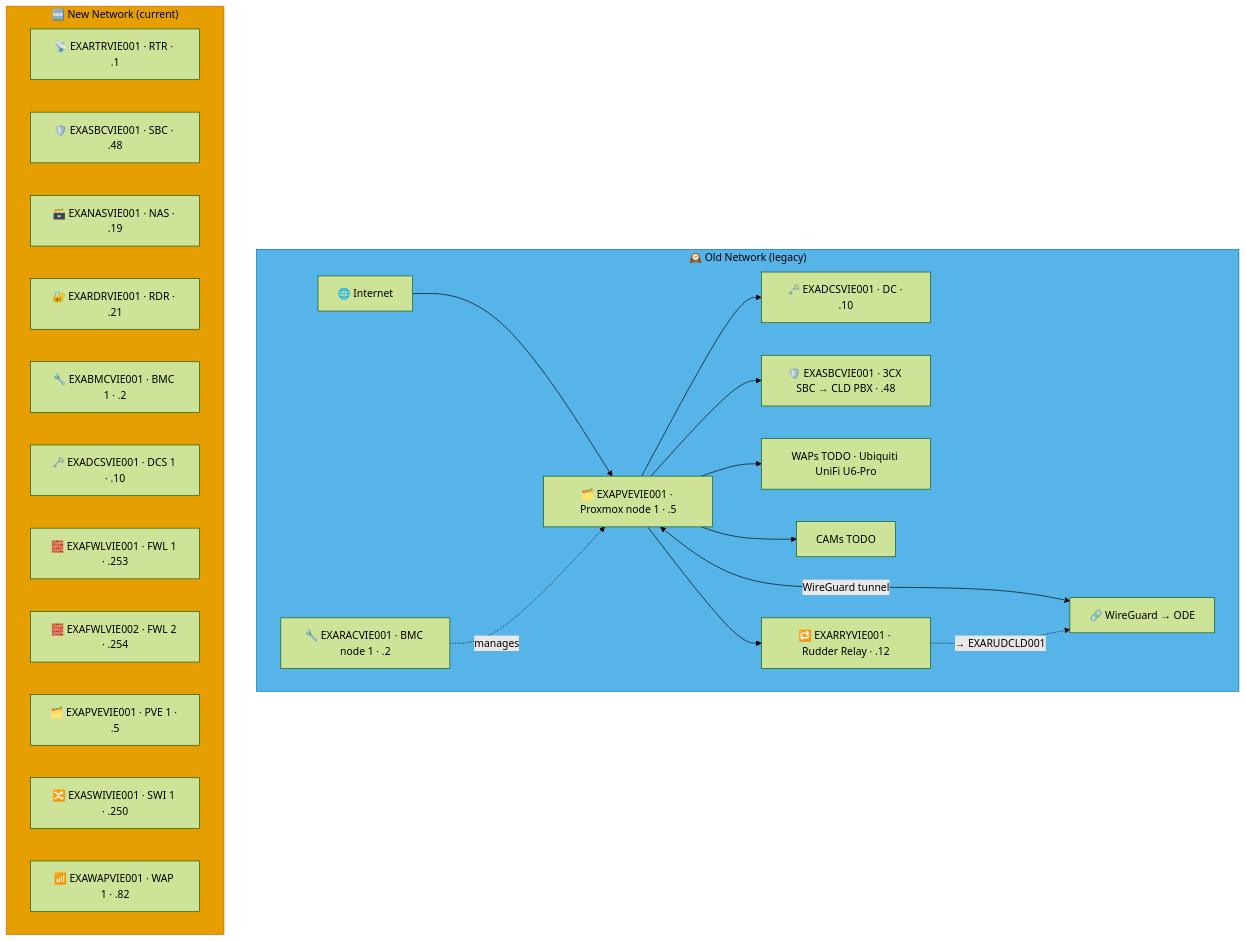
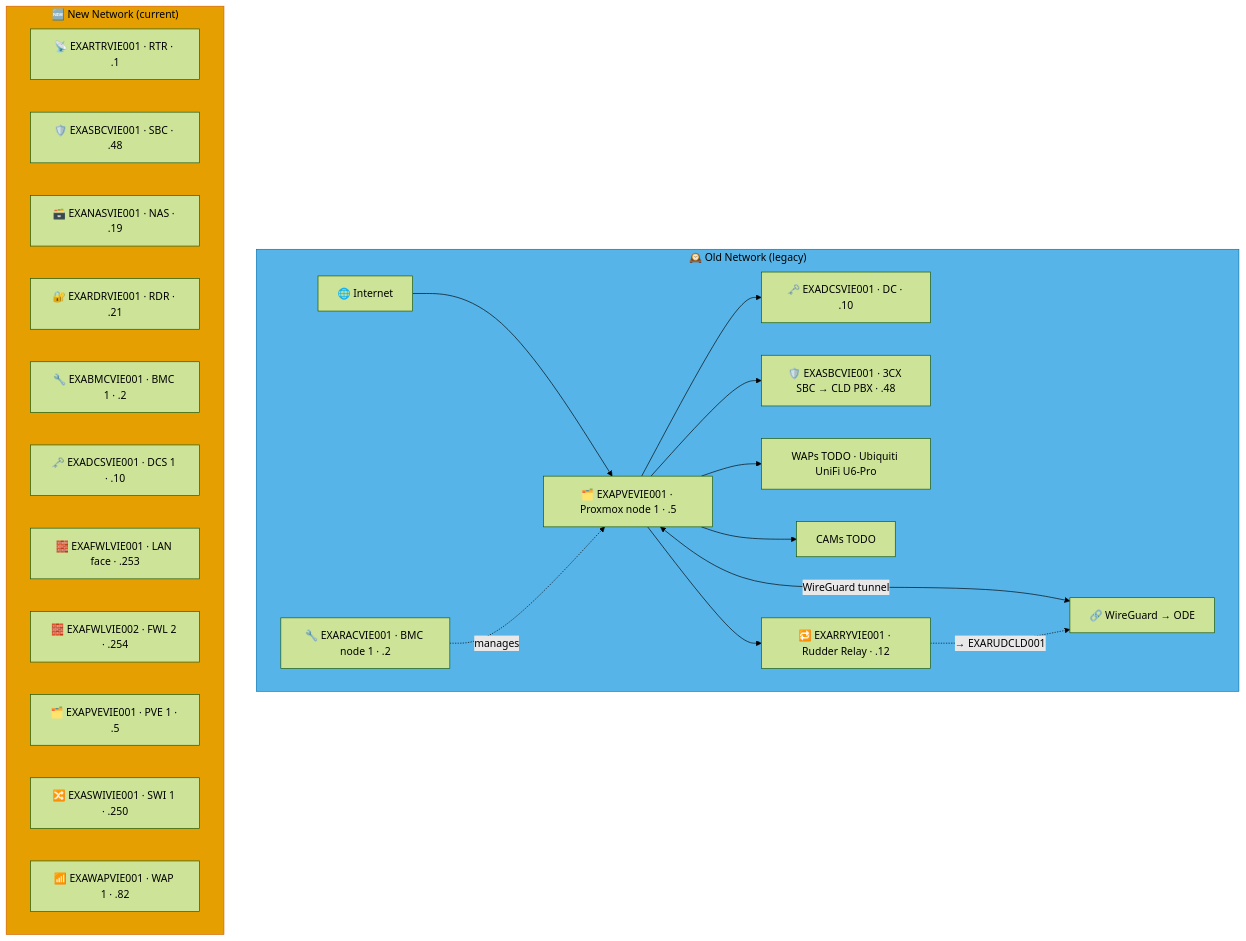
The diagram in docs/network-diagram/osterreich.md (knightmare2600/example_music_infra), drawn with Mermaid (forest theme) before and after one commit. The commit also changed 17 other files, not shown here.

````diff
--- a/docs/network-diagram/osterreich.md
+++ b/docs/network-diagram/osterreich.md
@@ -16,39 +16,39 @@
 ```mermaid
 graph TD
     subgraph OLD_VIE ["🕰️ Old Network (legacy)"]
       INET["🌐 Internet"]
       RAC["🔧 EXARACVIE001 · BMC node 1 · .2"]
       PVE["🗂️ EXAPVEVIE001 · Proxmox node 1 · .5"]
       DC["🗝️ EXADCSVIE001 · DC · .10"]
       SBC["🛡️ EXASBCVIE001 · 3CX SBC → CLD PBX · .48"]
       RRY["🔁 EXARRYVIE001 · Rudder Relay · .12"]
       WAP["WAPs TODO · Ubiquiti UniFi U6-Pro"]
       CAM["CAMs TODO"]
       VPN["🔗 WireGuard → ODE"]
 
       INET --> PVE --> DC & SBC
       RAC -.->|"manages"| PVE
       PVE --> WAP & CAM
       PVE <-->|"WireGuard tunnel"| VPN
 
       PVE --> RRY
       RRY -. "→ EXARUDCLD001" .-> VPN
     end
     style OLD_VIE fill:#56B4E9,stroke:#0072B2,color:#000000
     %% GENERATED:NEW-NETWORK:VIE:START
     subgraph NEW_VIE ["🆕 New Network (current)"]
       N_RTR["📡 EXARTRVIE001 · RTR · .1"]
       N_SBC["🛡️ EXASBCVIE001 · SBC · .48"]
       N_NAS["🗃️ EXANASVIE001 · NAS · .19"]
       N_RDR["🔐 EXARDRVIE001 · RDR · .21"]
       N_BMC["🔧 EXABMCVIE001 · BMC 1 · .2"]
       N_DCS["🗝️ EXADCSVIE001 · DCS 1 · .10"]
-      N_FWL["🧱 EXAFWLVIE001 · FWL 1 · .253"]
+      N_FWL["🧱 EXAFWLVIE001 · LAN face · .253"]
       N_FWL2["🧱 EXAFWLVIE002 · FWL 2 · .254"]
       N_PVE["🗂️ EXAPVEVIE001 · PVE 1 · .5"]
       N_SWI["🔀 EXASWIVIE001 · SWI 1 · .250"]
       N_WAP["📶 EXAWAPVIE001 · WAP 1 · .82"]
     end
     style NEW_VIE fill:#E69F00,stroke:#D55E00,color:#000000
     %% GENERATED:NEW-NETWORK:VIE:END
 ```
````
